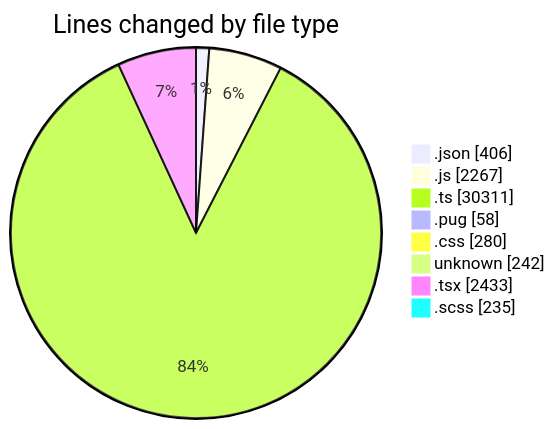
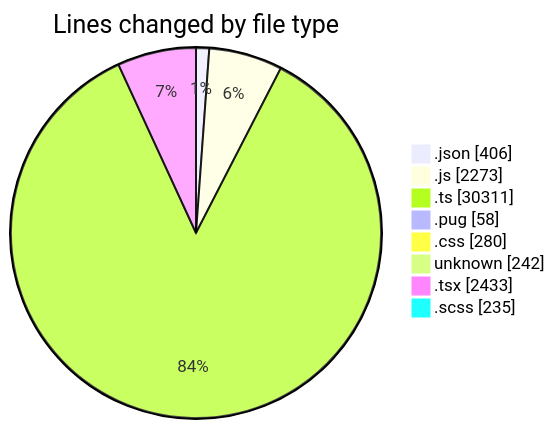
The first of 2 diagrams in 2026-06-02/cda/README.md (momahboobian/code-tracking), drawn with Mermaid before and after one commit. The commit also changed other lines of this file and 1 other file, not shown here.

````diff
--- a/2026-06-02/cda/README.md
+++ b/2026-06-02/cda/README.md
@@ -69,12 +69,12 @@
 ```mermaid
 pie showData
 title Lines changed by file type
 ".json" : 406
-".js" : 2267
+".js" : 2273
 ".ts" : 30311
 ".pug" : 58
 ".css" : 280
 "unknown" : 242
 ".tsx" : 2433
 ".scss" : 235
 ```
````
